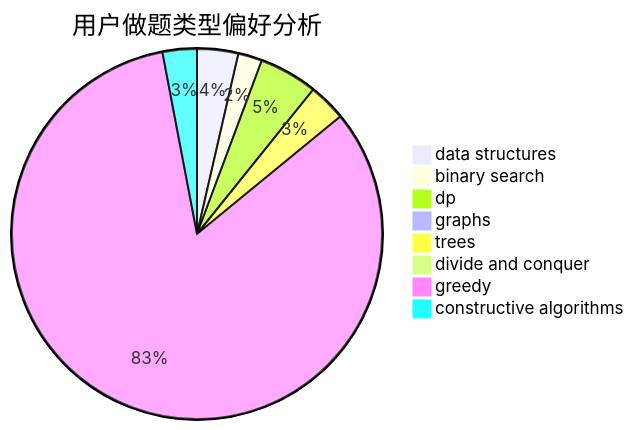
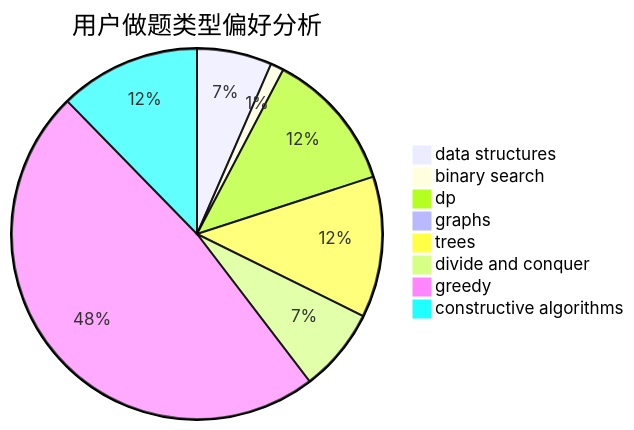
Before and after one commit to sherpahu/cfrs.github.io: the second of 3 diagrams in docs/user/u2439.md, drawn with Mermaid. The commit also changed other lines of this file and 2770 other files, not shown here.

````diff
--- a/docs/user/u2439.md
+++ b/docs/user/u2439.md
@@ -23,11 +23,11 @@
 ```mermaid
 pie title 用户做题类型偏好分析
-    "data structures" :  12
-    "binary search" :  7
-    "dp" :  17
-    "graphs" :  1
-    "trees" :  11
-    "divide and conquer" :  0
-    "greedy" :  277
-    "constructive algorithms" :  10
+    "data structures" :  17
+    "binary search" :  3
+    "dp" :  32
+    "graphs" :  0
+    "trees" :  32
+    "divide and conquer" :  19
+    "greedy" :  125
+    "constructive algorithms" :  32
 ```
````
